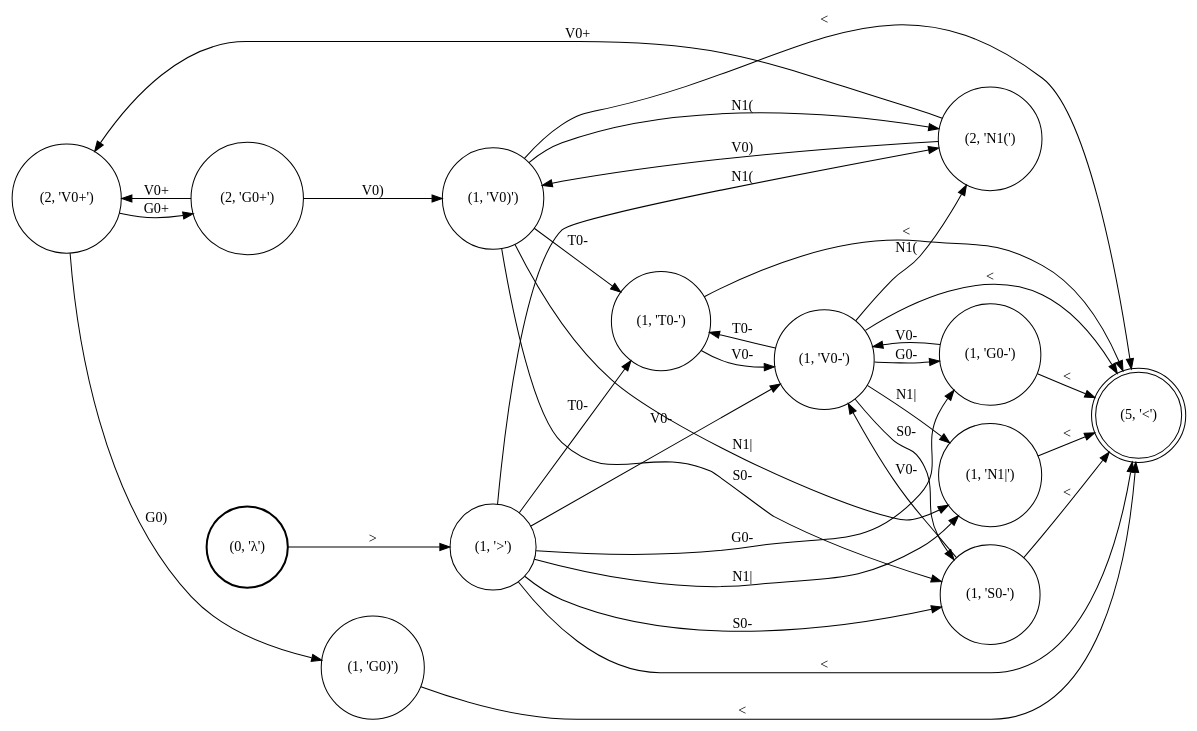
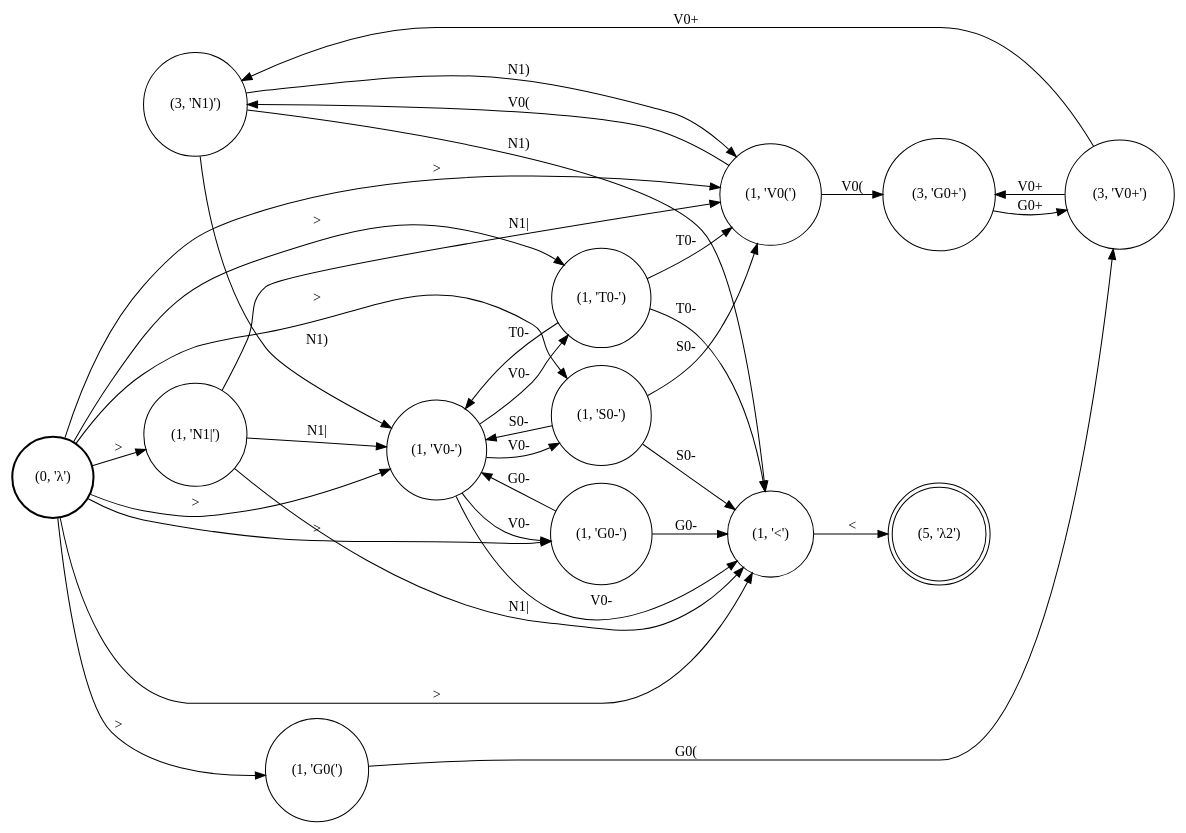
One commit to colincwilson/statgram changed the diagram in demo/nasal_spreading/Lang_nasal.dot. Above: the diagram before and after it, drawn with Graphviz. The commit also changed 7 other files, not shown here.

```diff
--- a/demo/nasal_spreading/Lang_nasal.dot
+++ b/demo/nasal_spreading/Lang_nasal.dot
@@ -1,50 +1,50 @@
 digraph G {
 rankdir=LR;
 node [shape=circle]
-0 [label="(2, 'V0+')"]
-1 [label="(1, 'T0-')"]
-2 [label="(1, 'N1|')"]
-3 [label="(1, 'V0)')"]
-4 [style=bold label="(0, 'λ')"]
-5 [label="(2, 'N1(')"]
-6 [label="(1, 'G0)')"]
-7 [label="(1, 'G0-')"]
+0 [label="(3, 'N1)')"]
+1 [label="(1, 'G0-')"]
+2 [label="(1, 'V0(')"]
+3 [label="(3, 'G0+')"]
+4 [label="(1, 'T0-')"]
+5 [label="(1, '<')"]
+6 [shape=doublecircle label="(5, 'λ2')"]
+7 [label="(3, 'V0+')"]
 8 [label="(1, 'S0-')"]
 9 [label="(1, 'V0-')"]
-10 [label="(1, '>')"]
-11 [shape=doublecircle label="(5, '<')"]
-12 [label="(2, 'G0+')"]
-0 -> 6 [label="G0)"]
-3 -> 8 [label="S0-"]
-12 -> 3 [label="V0)"]
-3 -> 11 [label="<"]
-6 -> 11 [label="<"]
-10 -> 2 [label="N1|"]
-0 -> 12 [label="G0+"]
-9 -> 8 [label="S0-"]
-3 -> 5 [label="N1("]
-9 -> 5 [label="N1("]
-10 -> 11 [label="<"]
-10 -> 9 [label="V0-"]
-5 -> 0 [label="V0+"]
-10 -> 7 [label="G0-"]
-12 -> 0 [label="V0+"]
-9 -> 2 [label="N1|"]
-4 -> 10 [label=">"]
-7 -> 11 [label="<"]
-1 -> 11 [label="<"]
-2 -> 11 [label="<"]
-5 -> 3 [label="V0)"]
-9 -> 11 [label="<"]
-7 -> 9 [label="V0-"]
-3 -> 2 [label="N1|"]
-9 -> 1 [label="T0-"]
-10 -> 8 [label="S0-"]
-1 -> 9 [label="V0-"]
-8 -> 11 [label="<"]
-10 -> 1 [label="T0-"]
-9 -> 7 [label="G0-"]
-8 -> 9 [label="V0-"]
-10 -> 5 [label="N1("]
-3 -> 1 [label="T0-"]
+10 [style=bold label="(0, 'λ')"]
+11 [label="(1, 'N1|')"]
+12 [label="(1, 'G0(')"]
+10 -> 4 [label=">"]
+10 -> 8 [label=">"]
+4 -> 9 [label="T0-"]
+1 -> 5 [label="G0-"]
+9 -> 1 [label="V0-"]
+10 -> 12 [label=">"]
+8 -> 5 [label="S0-"]
+4 -> 2 [label="T0-"]
+7 -> 0 [label="V0+"]
+10 -> 5 [label=">"]
+2 -> 0 [label="V0("]
+0 -> 9 [label="N1)"]
+9 -> 5 [label="V0-"]
+0 -> 2 [label="N1)"]
+10 -> 11 [label=">"]
+11 -> 9 [label="N1|"]
+4 -> 5 [label="T0-"]
+10 -> 1 [label=">"]
+11 -> 5 [label="N1|"]
+8 -> 9 [label="S0-"]
+7 -> 3 [label="V0+"]
+5 -> 6 [label="<"]
+11 -> 2 [label="N1|"]
+12 -> 7 [label="G0("]
+9 -> 8 [label="V0-"]
+8 -> 2 [label="S0-"]
+9 -> 4 [label="V0-"]
+0 -> 5 [label="N1)"]
+10 -> 9 [label=">"]
+3 -> 7 [label="G0+"]
+10 -> 2 [label=">"]
+2 -> 3 [label="V0("]
+1 -> 9 [label="G0-"]
 }
```
